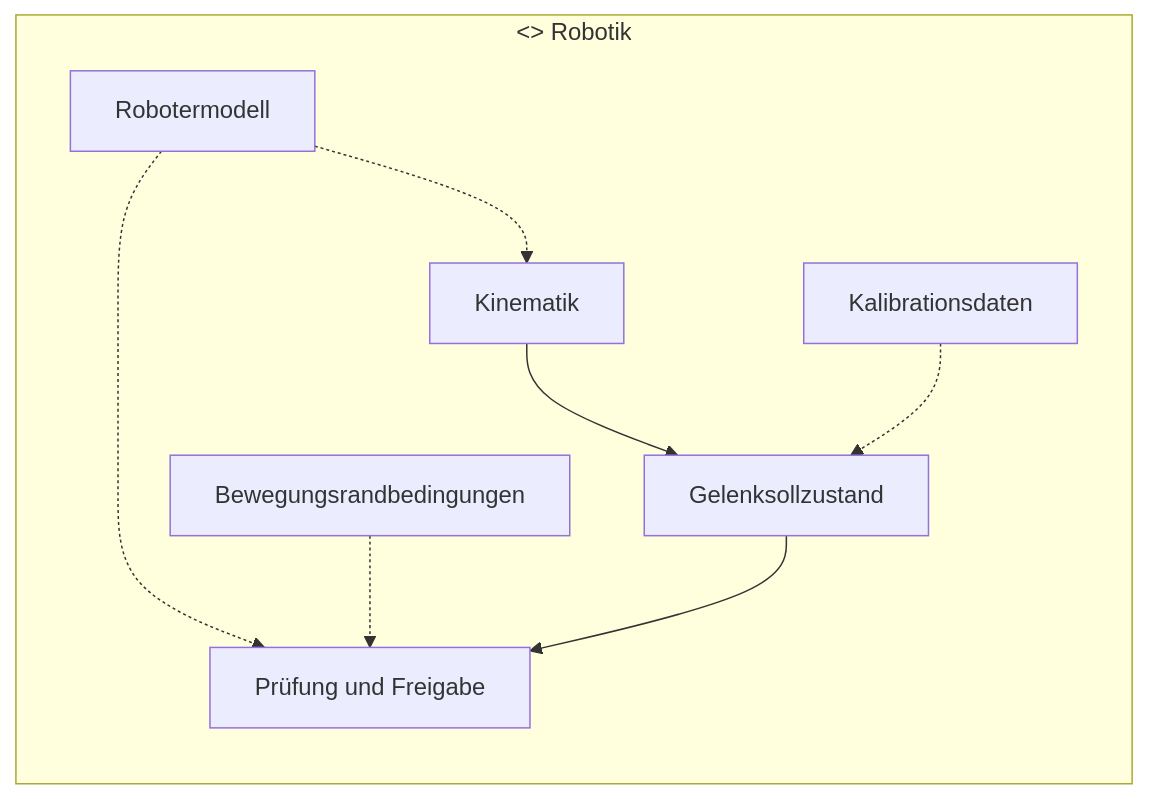
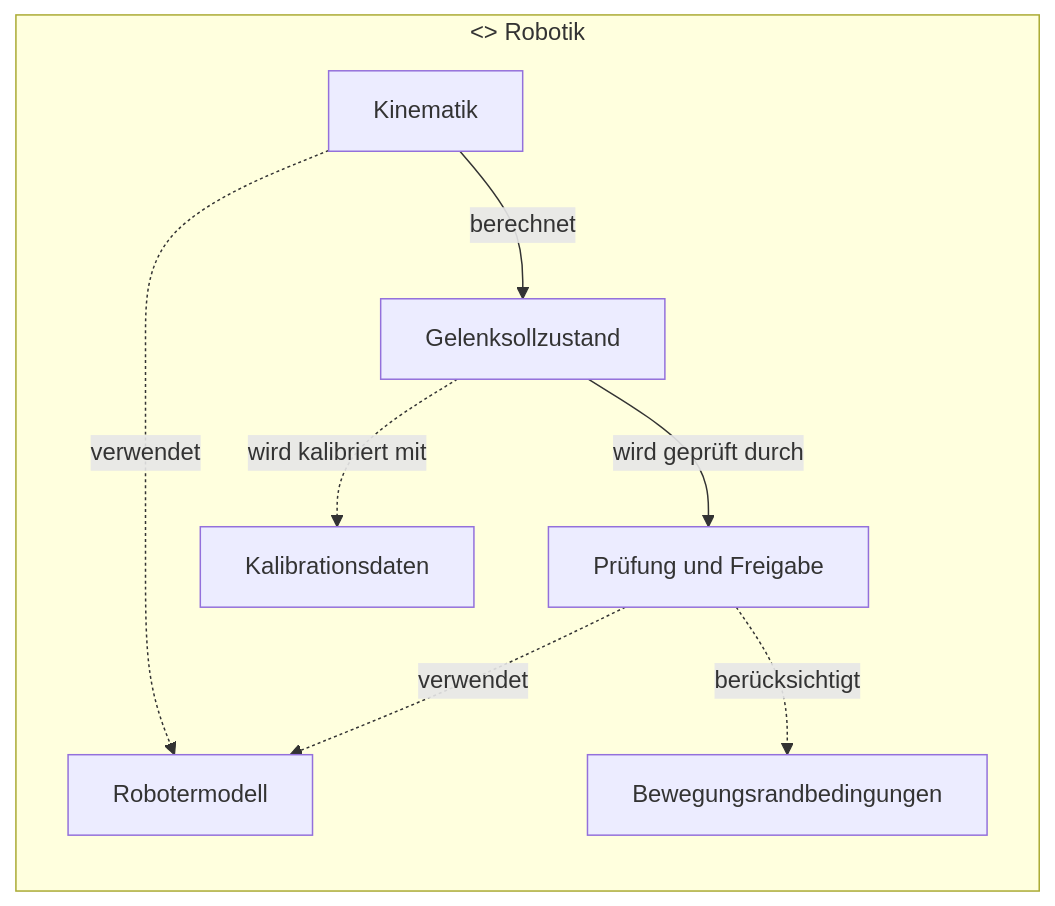
One commit to butz1999/inverse_kinematik changed the fourth of 5 diagrams in doc/projektbeschreibung.md. Above: the diagram before and after it, drawn with Mermaid. The commit also changed other lines of this file, not shown here.

Commit message:
Architektur überarbeitet

````diff
--- a/doc/projektbeschreibung.md
+++ b/doc/projektbeschreibung.md
@@ -390,18 +390,18 @@
 ```mermaid
 flowchart LR
     subgraph ROB["<<component>> Robotik"]
         C1[Kinematik]
         C2[Prüfung und Freigabe]
         C3[Robotermodell]
         C4[Kalibrationsdaten]
         C5[Bewegungsrandbedingungen]
         C6[Gelenksollzustand]
 
-        C3 -.-> C1
-        C3 -.-> C2
-        C5 -.-> C2
-        C1 --> C6
-        C6 --> C2
-        C4 -.-> C6
+        C1 -.->|verwendet| C3
+        C2 -.->|verwendet| C3
+        C2 -.->|berücksichtigt| C5
+        C1 -->|berechnet| C6
+        C6 -->|wird geprüft durch| C2
+        C6 -.->|wird kalibriert mit| C4
     end
 ```
````
